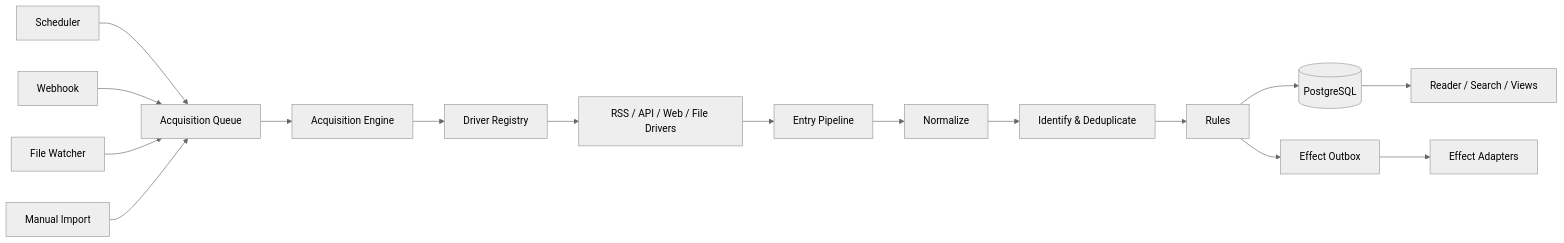
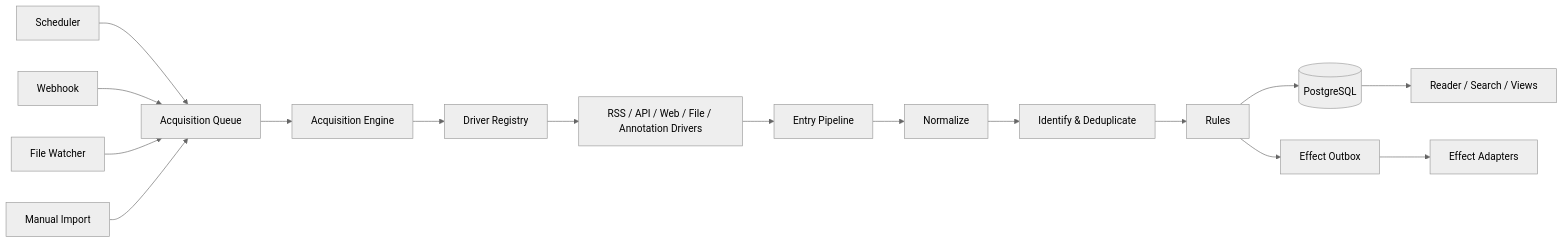
Before and after one commit to catwenlabs/pulse: the diagram in docs/architecture.md, drawn with Mermaid (neutral theme). The commit also changed other lines of this file and 28 other files, not shown here.

````diff
--- a/docs/architecture.md
+++ b/docs/architecture.md
@@ -19,19 +19,19 @@
 ```mermaid
 flowchart LR
     S["Scheduler"] --> Q["Acquisition Queue"]
     W["Webhook"] --> Q
     F["File Watcher"] --> Q
     M["Manual Import"] --> Q
 
     Q --> E["Acquisition Engine"]
     E --> D["Driver Registry"]
-    D --> X["RSS / API / Web / File Drivers"]
+    D --> X["RSS / API / Web / File / Annotation Drivers"]
     X --> P["Entry Pipeline"]
     P --> N["Normalize"]
     N --> U["Identify & Deduplicate"]
     U --> R["Rules"]
     R --> DB[("PostgreSQL")]
     R --> O["Effect Outbox"]
     O --> A["Effect Adapters"]
     DB --> UI["Reader / Search / Views"]
 ```
````
